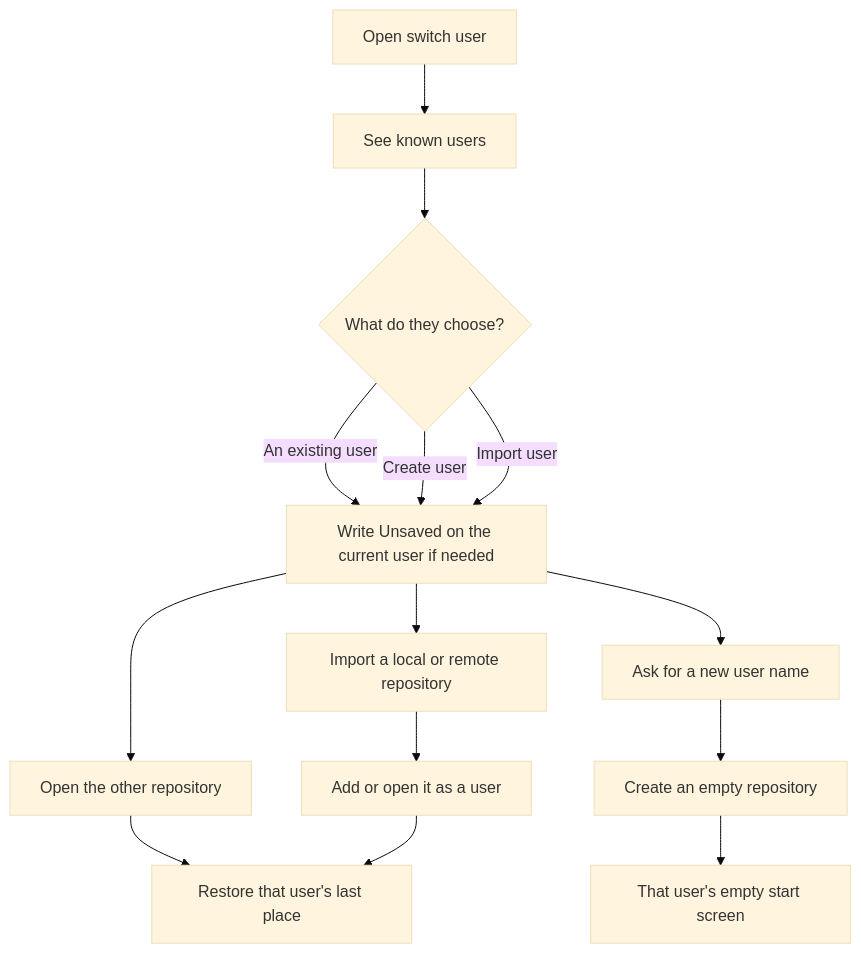
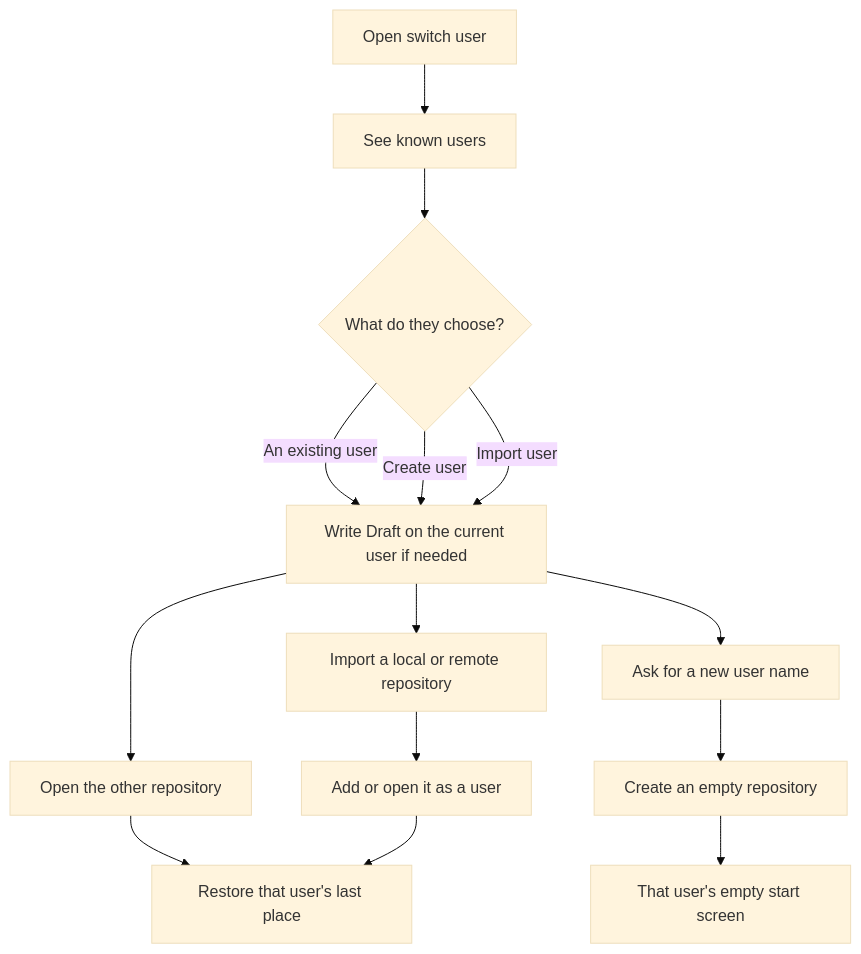
The fourth of 13 diagrams in docs/user-flows.md (IsmailBiswas/lines), drawn with Mermaid (base theme) before and after one commit. The commit also changed other lines of this file and 17 other files, not shown here.

````diff
--- a/docs/user-flows.md
+++ b/docs/user-flows.md
@@ -91,19 +91,19 @@
 ```mermaid
 flowchart TD
   openSwitch[Open switch user]
   list[See known users]
   pick{What do they choose?}
-  write[Write Unsaved on the current user if needed]
+  write[Write Draft on the current user if needed]
   openUser[Open the other repository]
   restore[Restore that user's last place]
   addNew[Ask for a new user name]
   emptyRepo[Create an empty repository]
   emptyUser[That user's empty start screen]
   importRepo[Import a local or remote repository]
   addUser[Add or open it as a user]
 
   openSwitch --> list --> pick
   pick -->|An existing user| write --> openUser --> restore
   pick -->|Create user| write --> addNew --> emptyRepo --> emptyUser
   pick -->|Import user| write --> importRepo --> addUser --> restore
 ```
````
